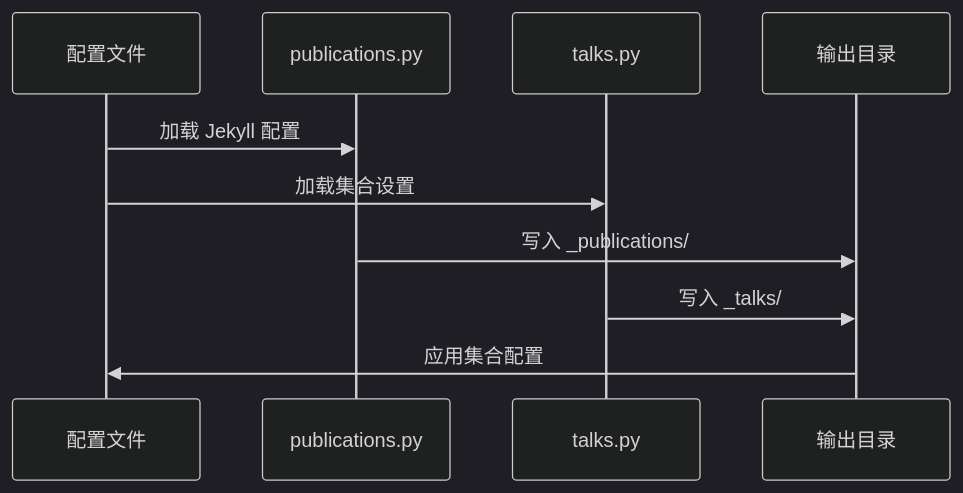
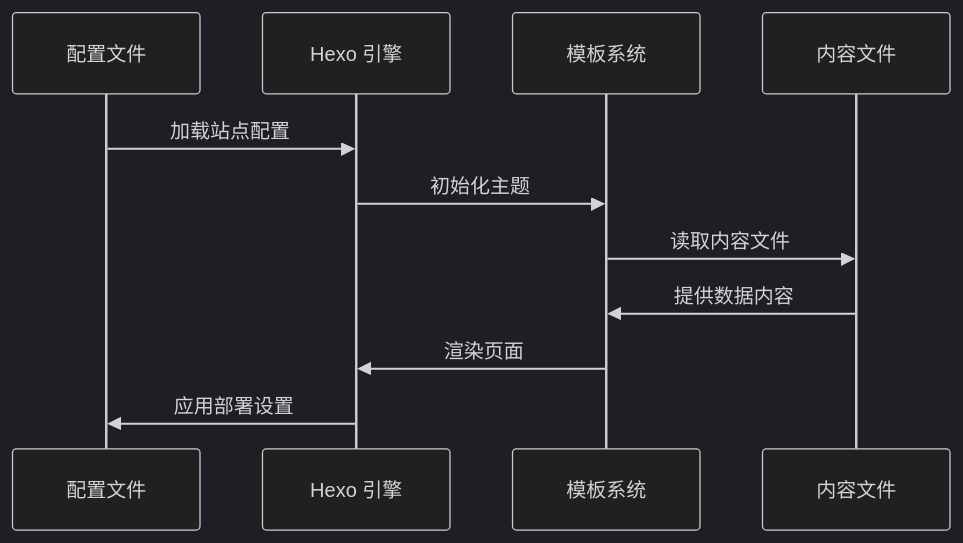
The eighth of 9 diagrams in .qoder/repowiki/zh/content/数据处理和自动化/Python 数据处理脚本.md (CoolPig0720/CoolPig0720.github.io), drawn with Mermaid (dark theme) before and after one commit. The commit also changed other lines of this file and 36 other files, not shown here.

````diff
--- a/.qoder/repowiki/zh/content/数据处理和自动化/Python 数据处理脚本.md
+++ b/.qoder/repowiki/zh/content/数据处理和自动化/Python 数据处理脚本.md
@@ -364,12 +299,13 @@
 ```mermaid
 sequenceDiagram
 participant Config as 配置文件
-participant PubScript as publications.py
-participant TalkScript as talks.py
-participant Output as 输出目录
-Config->>PubScript : 加载 Jekyll 配置
-Config->>TalkScript : 加载集合设置
-PubScript->>Output : 写入 _publications/
-TalkScript->>Output : 写入 _talks/
-Output->>Config : 应用集合配置
+participant Hexo as Hexo 引擎
+participant Templates as 模板系统
+participant Content as 内容文件
+Config->>Hexo : 加载站点配置
+Hexo->>Templates : 初始化主题
+Templates->>Content : 读取内容文件
+Content->>Templates : 提供数据内容
+Templates->>Hexo : 渲染页面
+Hexo->>Config : 应用部署设置
 ```
````
